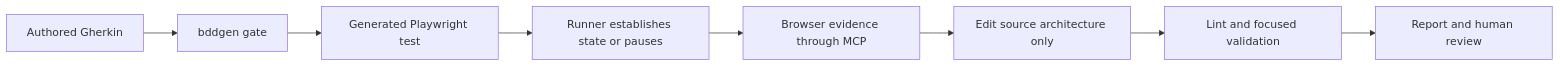
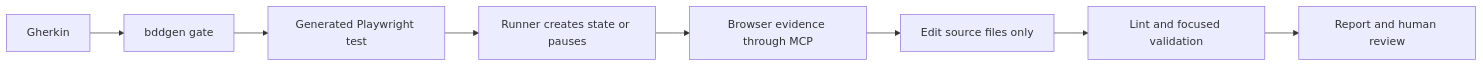
Before and after one commit to DerrickDeng/ai-native-ui-automation: the diagram in README.md, drawn with Mermaid. The commit also changed other lines of this file and 1 other file, not shown here.

````diff
--- a/README.md
+++ b/README.md
@@ -30,10 +34,10 @@
 ```mermaid
 flowchart LR
-  A[Authored Gherkin] --> B[bddgen gate]
+  A[Gherkin] --> B[bddgen gate]
   B --> C[Generated Playwright test]
-  C --> D[Runner establishes state or pauses]
+  C --> D[Runner creates state or pauses]
   D --> E[Browser evidence through MCP]
-  E --> F[Edit source architecture only]
+  E --> F[Edit source files only]
   F --> G[Lint and focused validation]
   G --> H[Report and human review]
 ```
````
